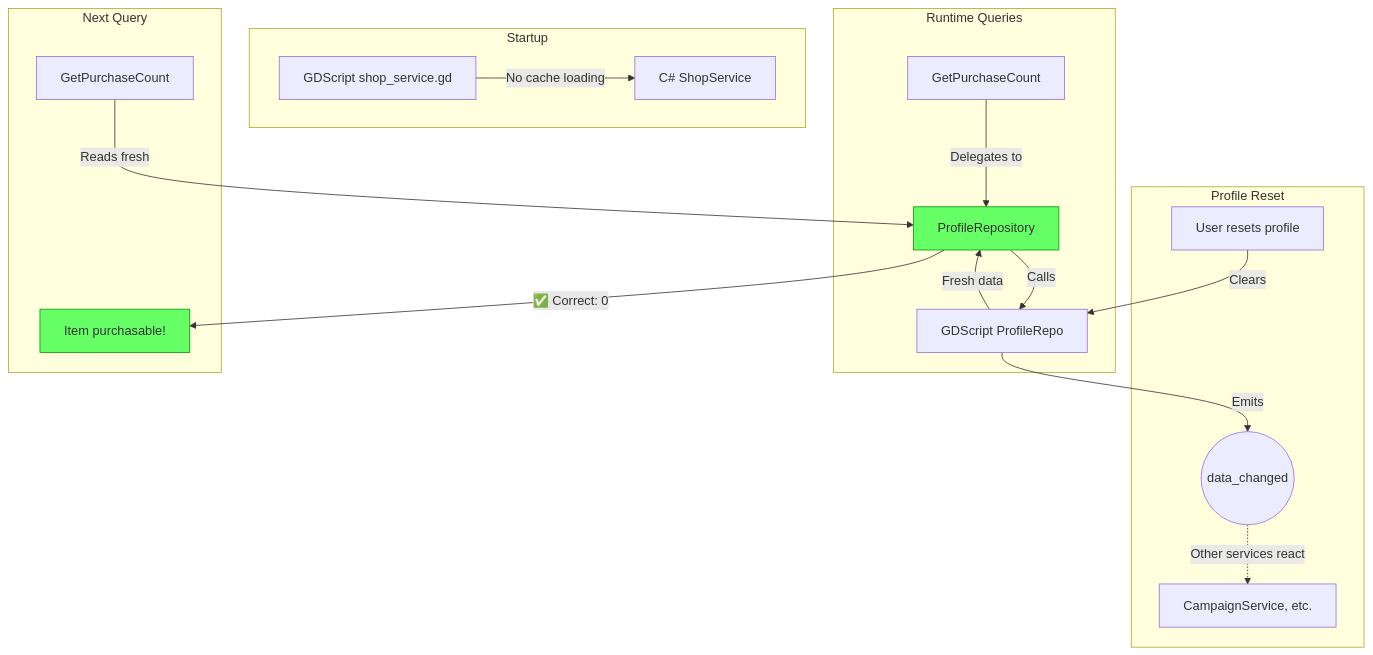
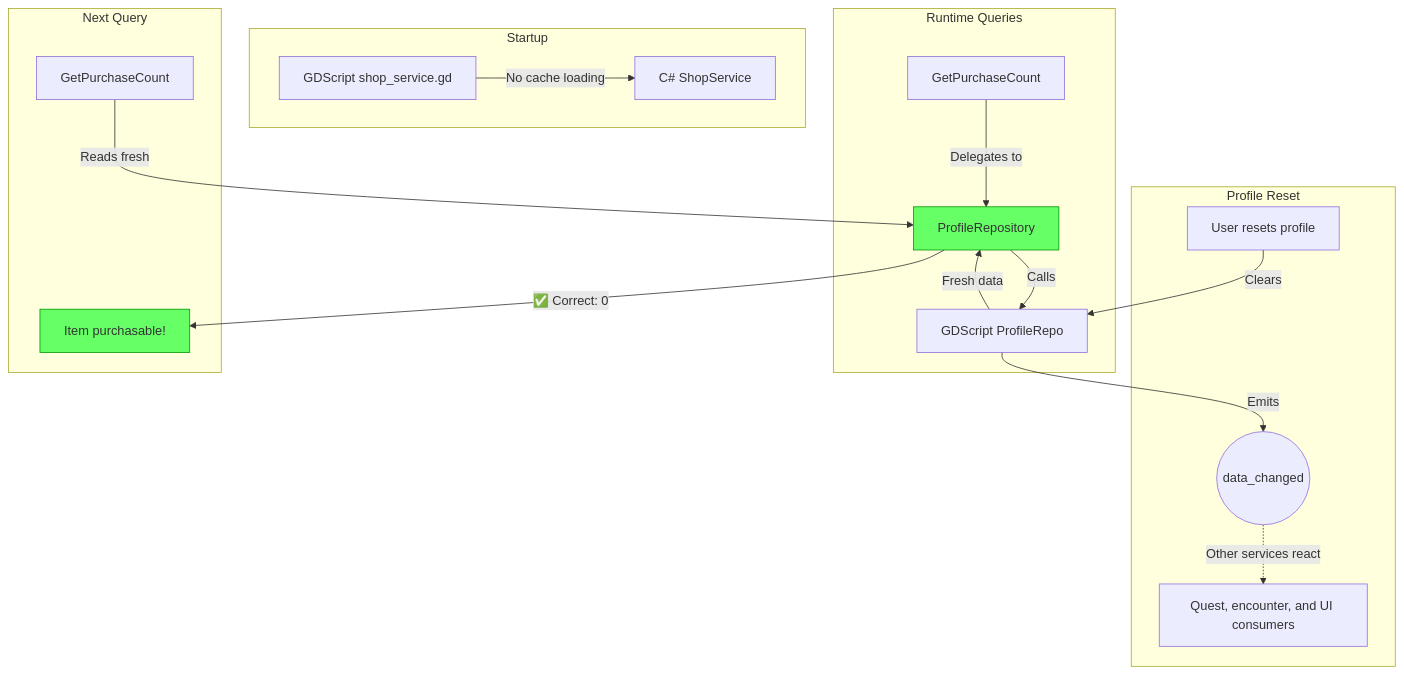
One commit to amari-charles/project-summoner changed the second of 3 diagrams in docs/technical/infrastructure/shop-cache-architecture.md. Above: the diagram before and after it, drawn with Mermaid. The commit also changed 262 other files, not shown here.

Commit message:
Remove retired campaign and course architecture

````diff
--- a/docs/technical/infrastructure/shop-cache-architecture.md
+++ b/docs/technical/infrastructure/shop-cache-architecture.md
@@ -44,26 +44,26 @@
 ```mermaid
 flowchart TB
     subgraph Startup
         A[GDScript shop_service.gd] -->|"No cache loading"| B[C# ShopService]
     end
 
     subgraph "Runtime Queries"
         D[GetPurchaseCount] -->|"Delegates to"| E[ProfileRepository]
         E -->|"Calls"| F[GDScript ProfileRepo]
         F -->|"Fresh data"| E
     end
 
     subgraph "Profile Reset"
         G[User resets profile] -->|"Clears"| F
         F -->|"Emits"| H((data_changed))
-        H -.->|"Other services react"| I[CampaignService, etc.]
+        H -.->|"Other services react"| I[Quest, encounter, and UI consumers]
     end
 
     subgraph "Next Query"
         J[GetPurchaseCount] -->|"Reads fresh"| E
         E -->|"✅ Correct: 0"| K[Item purchasable!]
     end
 
     style E fill:#6f6,stroke:#090
     style K fill:#6f6,stroke:#090
 ```
````
